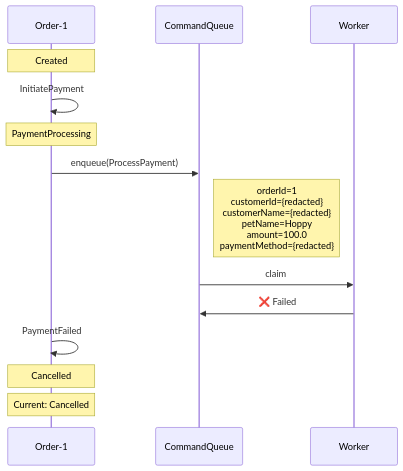
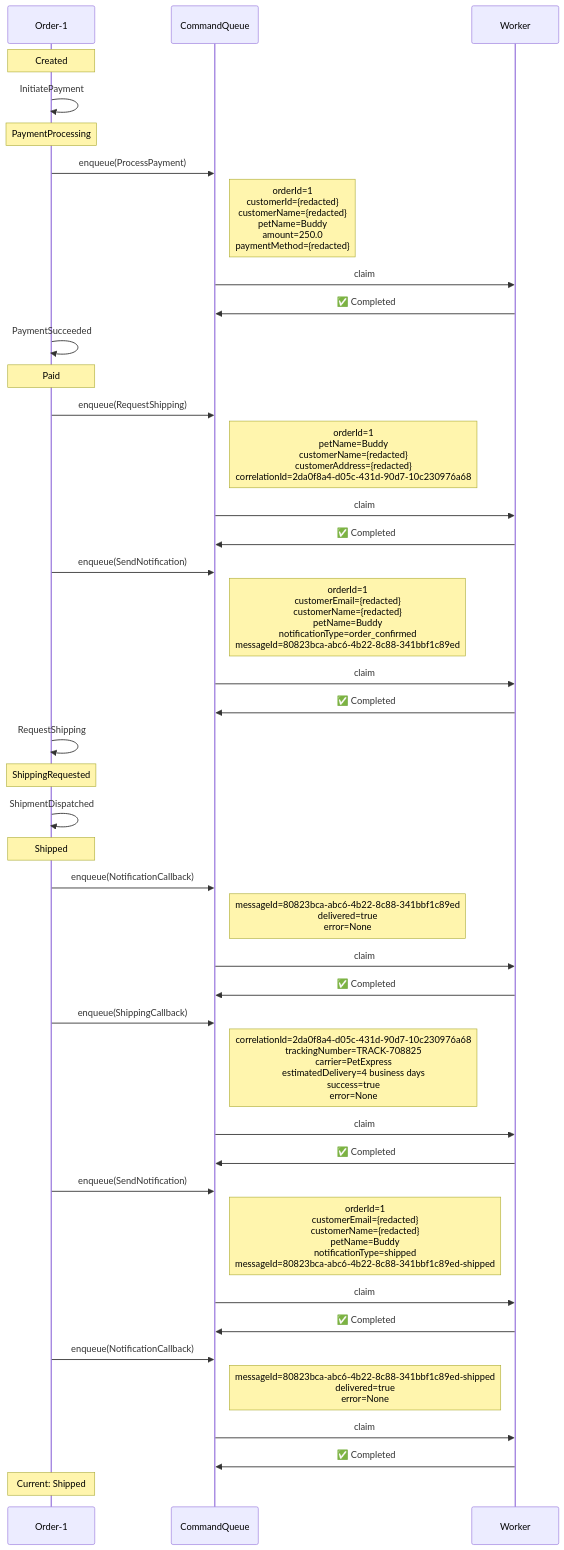
One commit to Iterable/mechanoid changed the first of 3 diagrams in docs/visualizations/order-1-trace.md. Above: the diagram before and after it, drawn with Mermaid. The commit also changed other lines of this file and 6 other files, not shown here.

````diff
--- a/docs/visualizations/order-1-trace.md
+++ b/docs/visualizations/order-1-trace.md
@@ -11,18 +11,46 @@
 ```mermaid
 %%{init: {'themeCSS': '.noteText { text-align: left !important; }'}}%%
 sequenceDiagram
     participant FSM as Order-1
     participant CQ as CommandQueue
     participant W as Worker
 
     Note over FSM: Created
     FSM->>FSM: InitiatePayment
     Note over FSM: PaymentProcessing
     FSM->>CQ: enqueue(ProcessPayment)
-    Note right of CQ: orderId=1<br/>customerId={redacted}<br/>customerName={redacted}<br/>petName=Hoppy<br/>amount=100.0<br/>paymentMethod={redacted}
+    Note right of CQ: orderId=1<br/>customerId={redacted}<br/>customerName={redacted}<br/>petName=Buddy<br/>amount=250.0<br/>paymentMethod={redacted}
     CQ->>W: claim
-    W->>CQ: ❌ Failed
-    FSM->>FSM: PaymentFailed
-    Note over FSM: Cancelled
-    Note over FSM: Current: Cancelled
+    W->>CQ: ✅ Completed
+    FSM->>FSM: PaymentSucceeded
+    Note over FSM: Paid
+    FSM->>CQ: enqueue(RequestShipping)
+    Note right of CQ: orderId=1<br/>petName=Buddy<br/>customerName={redacted}<br/>customerAddress={redacted}<br/>correlationId=2da0f8a4-d05c-431d-90d7-10c230976a68
+    CQ->>W: claim
+    W->>CQ: ✅ Completed
+    FSM->>CQ: enqueue(SendNotification)
+    Note right of CQ: orderId=1<br/>customerEmail={redacted}<br/>customerName={redacted}<br/>petName=Buddy<br/>notificationType=order_confirmed<br/>messageId=80823bca-abc6-4b22-8c88-341bbf1c89ed
+    CQ->>W: claim
+    W->>CQ: ✅ Completed
+    FSM->>FSM: RequestShipping
+    Note over FSM: ShippingRequested
+    FSM->>FSM: ShipmentDispatched
+    Note over FSM: Shipped
+    FSM->>CQ: enqueue(NotificationCallback)
+    Note right of CQ: messageId=80823bca-abc6-4b22-8c88-341bbf1c89ed<br/>delivered=true<br/>error=None
+    CQ->>W: claim
+    W->>CQ: ✅ Completed
+    FSM->>CQ: enqueue(ShippingCallback)
+    Note right of CQ: correlationId=2da0f8a4-d05c-431d-90d7-10c230976a68<br/>trackingNumber=TRACK-708825<br/>carrier=PetExpress<br/>estimatedDelivery=4 business days<br/>success=true<br/>error=None
+    CQ->>W: claim
+    W->>CQ: ✅ Completed
+    FSM->>CQ: enqueue(SendNotification)
+    Note right of CQ: orderId=1<br/>customerEmail={redacted}<br/>customerName={redacted}<br/>petName=Buddy<br/>notificationType=shipped<br/>messageId=80823bca-abc6-4b22-8c88-341bbf1c89ed-shipped
+    CQ->>W: claim
+    W->>CQ: ✅ Completed
+    FSM->>CQ: enqueue(NotificationCallback)
+    Note right of CQ: messageId=80823bca-abc6-4b22-8c88-341bbf1c89ed-shipped<br/>delivered=true<br/>error=None
+    CQ->>W: claim
+    W->>CQ: ✅ Completed
+    Note over FSM: Current: Shipped
 ```
````
